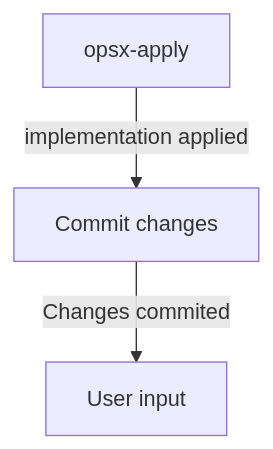
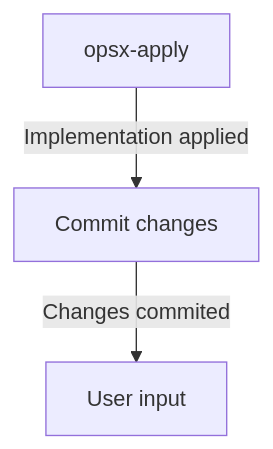
The fourth of 7 diagrams in .opencode/agents/openspec.md (aserowy/yeet), drawn with Mermaid before and after one commit. The commit also changed other lines of this file, not shown here.

````diff
--- a/.opencode/agents/openspec.md
+++ b/.opencode/agents/openspec.md
@@ -85,5 +88,5 @@
 ```mermaid
 flowchart TD
-    A[opsx-apply] -->|implementation applied| B[Commit changes]
+    A[opsx-apply] -->|Implementation applied| B[Commit changes]
     B -->|Changes commited| C[User input]
 ```
````
